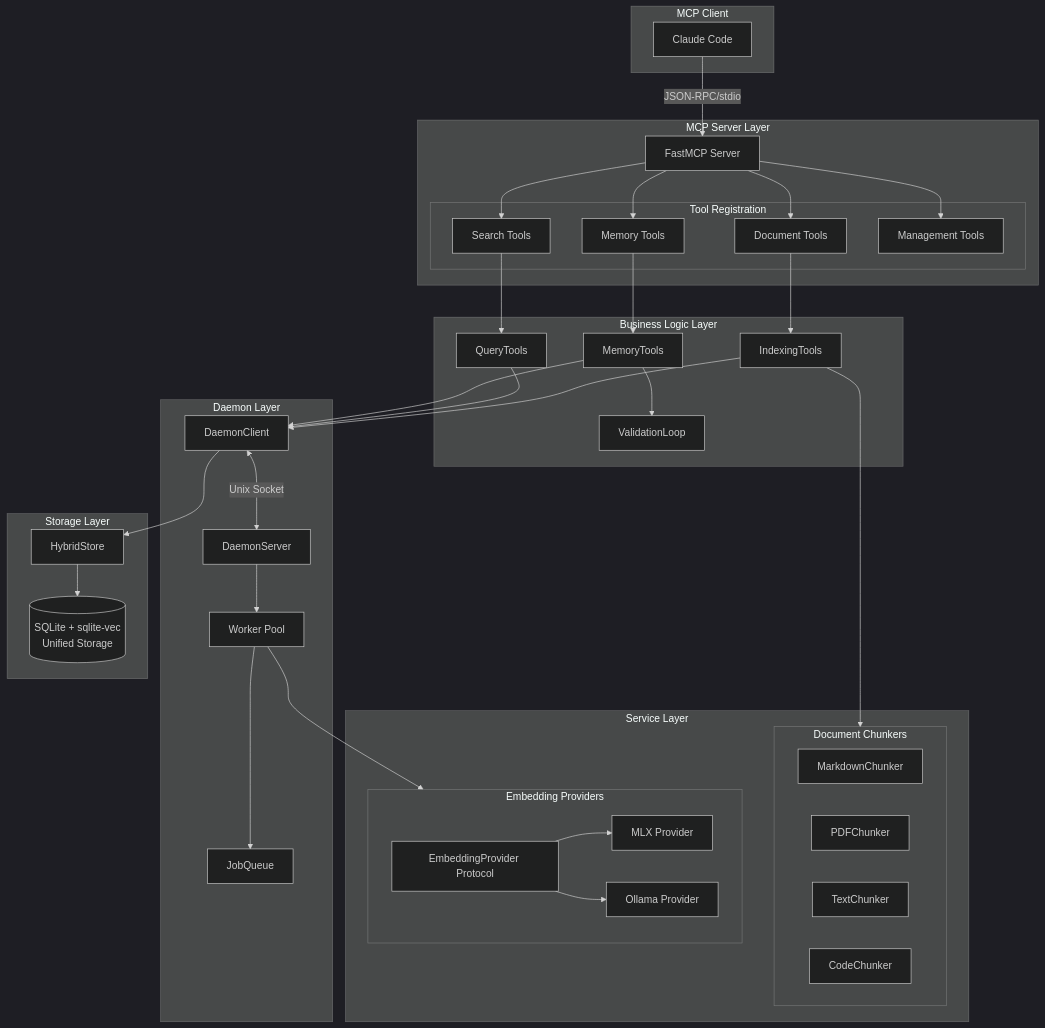
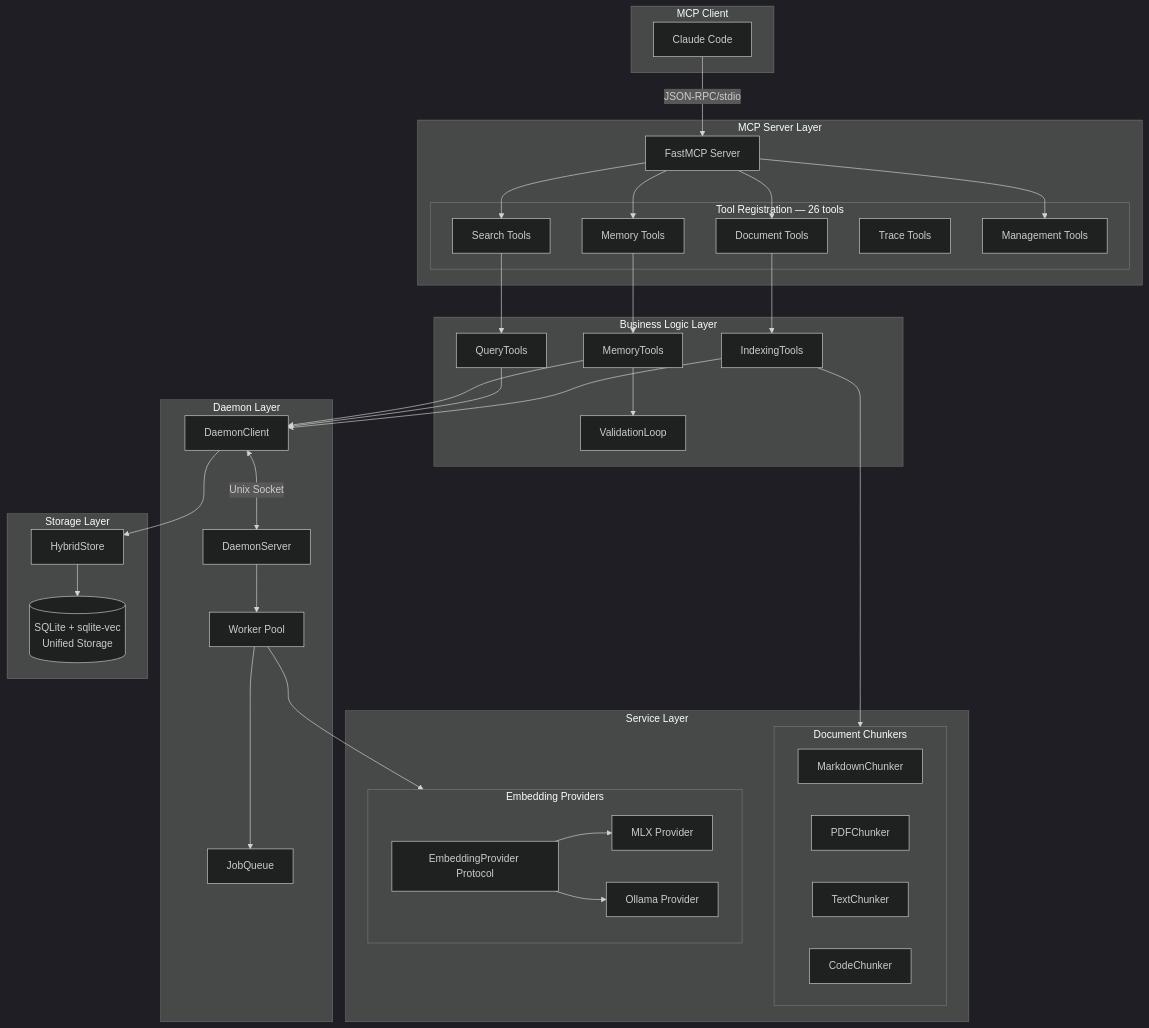
Before and after one commit to blueman82/theo: the diagram in docs/architecture.md, drawn with Mermaid (dark theme).

Commit message:
Update documentation: architecture.md via Edit [2026-02-08 11:35]

````diff
--- a/docs/architecture.md
+++ b/docs/architecture.md
@@ -109,71 +109,72 @@
 ```mermaid
 flowchart TB
     subgraph Client["MCP Client"]
         CC[Claude Code]
     end
 
     subgraph MCPServer["MCP Server Layer"]
         FM[FastMCP Server]
-        subgraph Tools["Tool Registration"]
+        subgraph Tools["Tool Registration — 26 tools"]
             DT[Document Tools]
             ST[Search Tools]
             MT[Memory Tools]
+            TRT[Trace Tools]
             MGT[Management Tools]
         end
     end
 
     subgraph Business["Business Logic Layer"]
         IT[IndexingTools]
         QT[QueryTools]
         MTools[MemoryTools]
         VL[ValidationLoop]
     end
 
     subgraph Daemon["Daemon Layer"]
         DC[DaemonClient]
         DS[DaemonServer]
         W[Worker Pool]
         JQ[JobQueue]
     end
 
     subgraph Services["Service Layer"]
         subgraph Chunkers["Document Chunkers"]
             MC[MarkdownChunker]
             PC[PDFChunker]
             TC[TextChunker]
             CodeC[CodeChunker]
         end
         subgraph Embedding["Embedding Providers"]
             EP[EmbeddingProvider Protocol]
             MLX[MLX Provider]
             OLL[Ollama Provider]
         end
     end
 
     subgraph Storage["Storage Layer"]
         HS[HybridStore]
         SQL[(SQLite + sqlite-vec<br/>Unified Storage)]
     end
 
     CC -->|JSON-RPC/stdio| FM
     FM --> DT & ST & MT & MGT
     DT --> IT
     ST --> QT
     MT --> MTools
     MTools --> VL
 
     IT --> DC
     QT --> DC
     MTools --> DC
 
     DC <-->|Unix Socket| DS
     DS --> W
     W --> JQ
 
     IT --> Chunkers
     W --> Embedding
     EP --> MLX & OLL
 
     DC --> HS
     HS --> SQL
 ```
````
